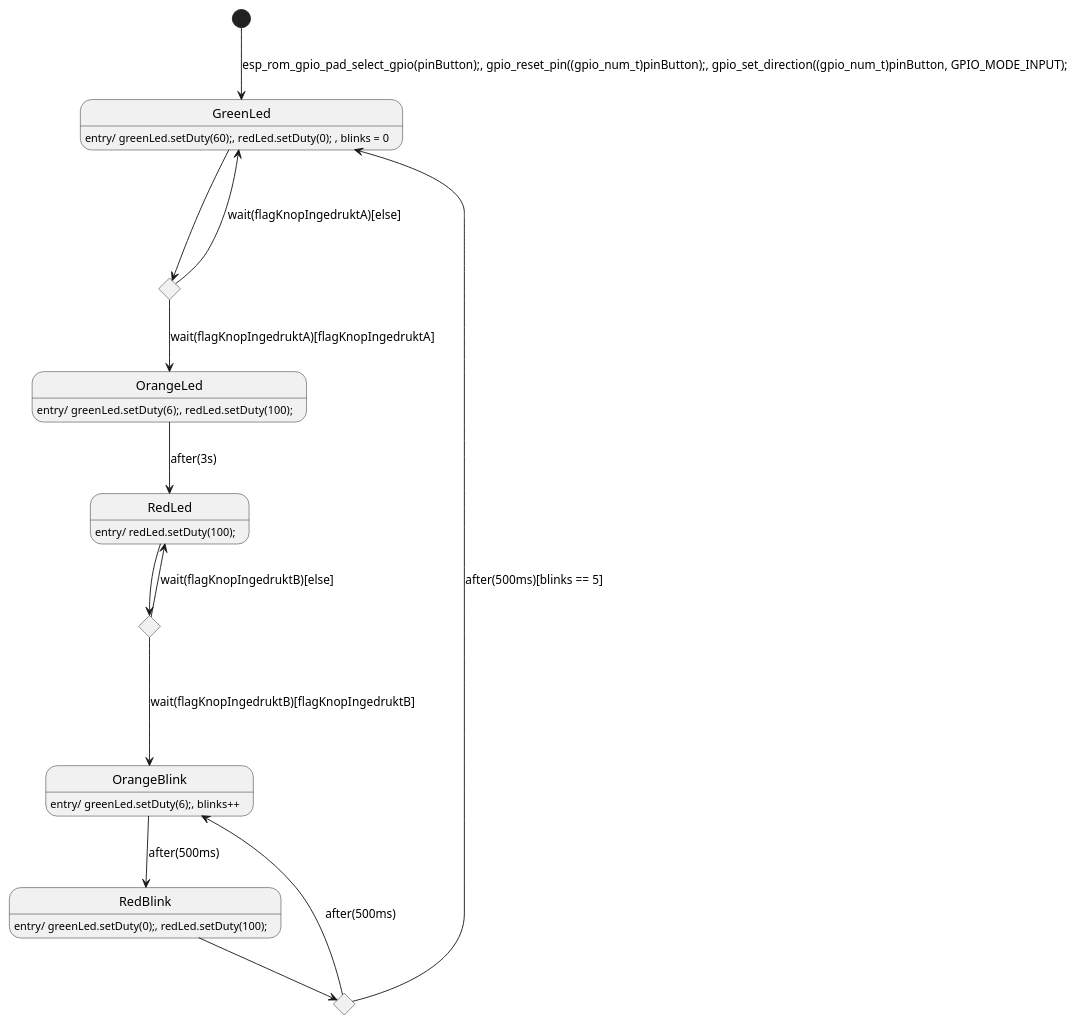
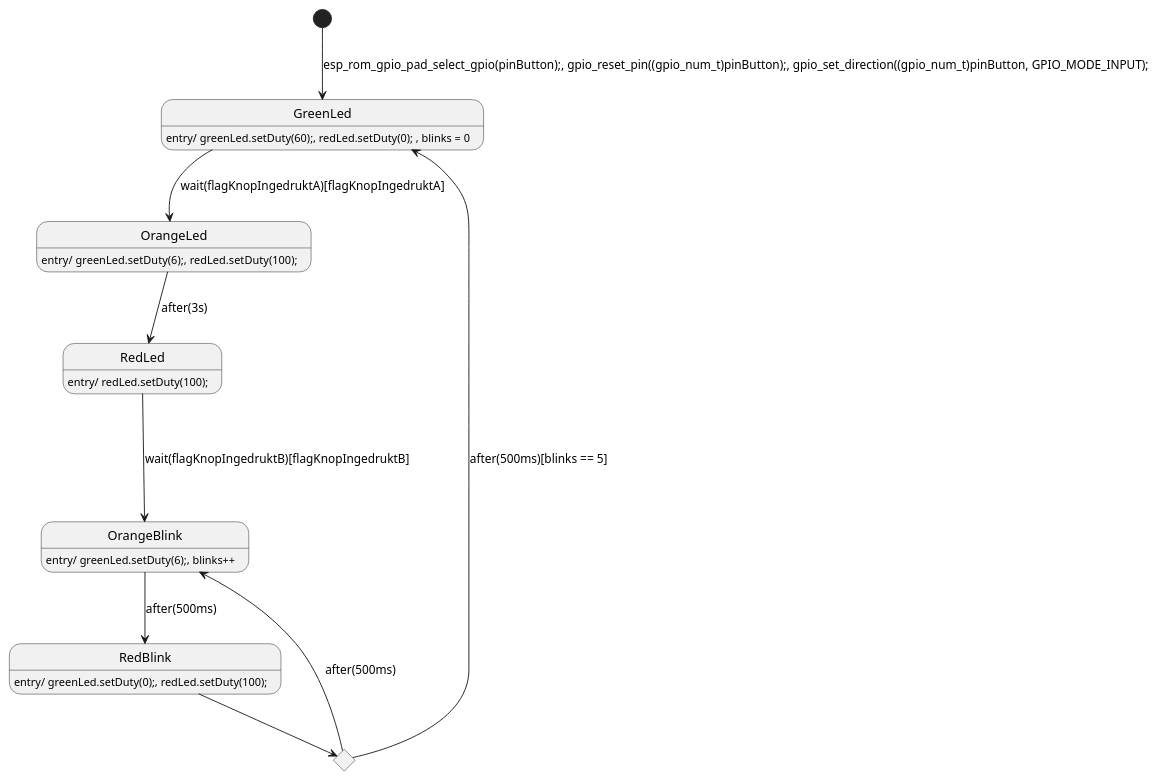
The diagram in STD_stoplicht/STD2.plantuml (Ruben633311/personal-Ruben633311), drawn with PlantUML before and after one commit. The commit also changed 5 other files, not shown here.

```diff
--- a/STD_stoplicht/STD2.plantuml
+++ b/STD_stoplicht/STD2.plantuml
@@ -1,27 +1,21 @@
 @startuml
 
 [*] --> GreenLed : esp_rom_gpio_pad_select_gpio(pinButton);, gpio_reset_pin((gpio_num_t)pinButton);, gpio_set_direction((gpio_num_t)pinButton, GPIO_MODE_INPUT);
 
 GreenLed : entry/ greenLed.setDuty(60);, redLed.setDuty(0); , blinks = 0
 OrangeLed : entry/  greenLed.setDuty(6);, redLed.setDuty(100);
 RedLed :  entry/ redLed.setDuty(100);
 RedBlink : entry/ greenLed.setDuty(0);, redLed.setDuty(100);
 OrangeBlink: entry/ greenLed.setDuty(6);, blinks++
 
-state c1 <<choice>>
-state c2 <<choice>>
 state c3 <<choice>>
 
-GreenLed --> c1
-c1 --> OrangeLed : wait(flagKnopIngedruktA)[flagKnopIngedruktA]
-c1 ---> GreenLed : wait(flagKnopIngedruktA)[else]
+GreenLed --> OrangeLed : wait(flagKnopIngedruktA)[flagKnopIngedruktA]
 OrangeLed --> RedLed : after(3s)
-c2 ---> OrangeBlink : wait(flagKnopIngedruktB)[flagKnopIngedruktB]
+RedLed ---> OrangeBlink : wait(flagKnopIngedruktB)[flagKnopIngedruktB]
 OrangeBlink --> RedBlink : after(500ms)
 c3 -->  OrangeBlink : after(500ms)
-RedLed --> c2
-c2 --> RedLed : wait(flagKnopIngedruktB)[else]
 c3 --> GreenLed : after(500ms)[blinks == 5]
 RedBlink --> c3
 
 @enduml
```
